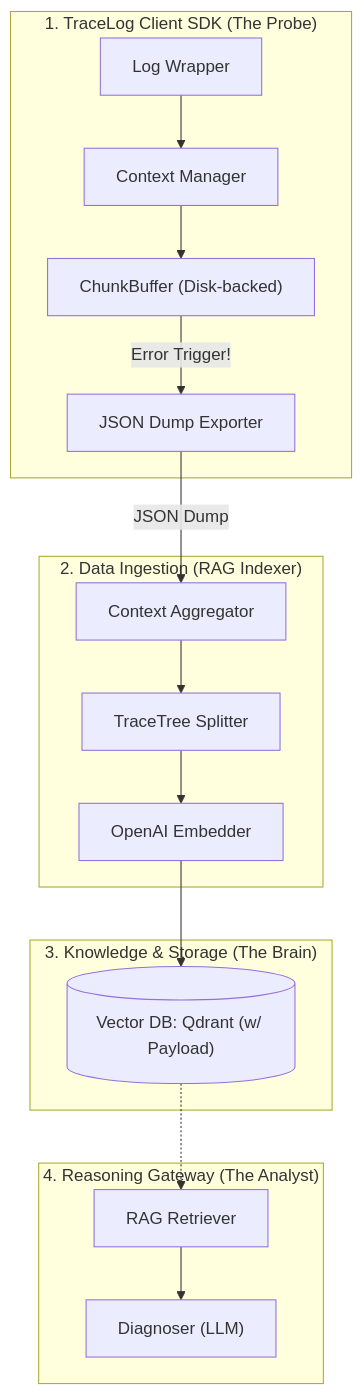
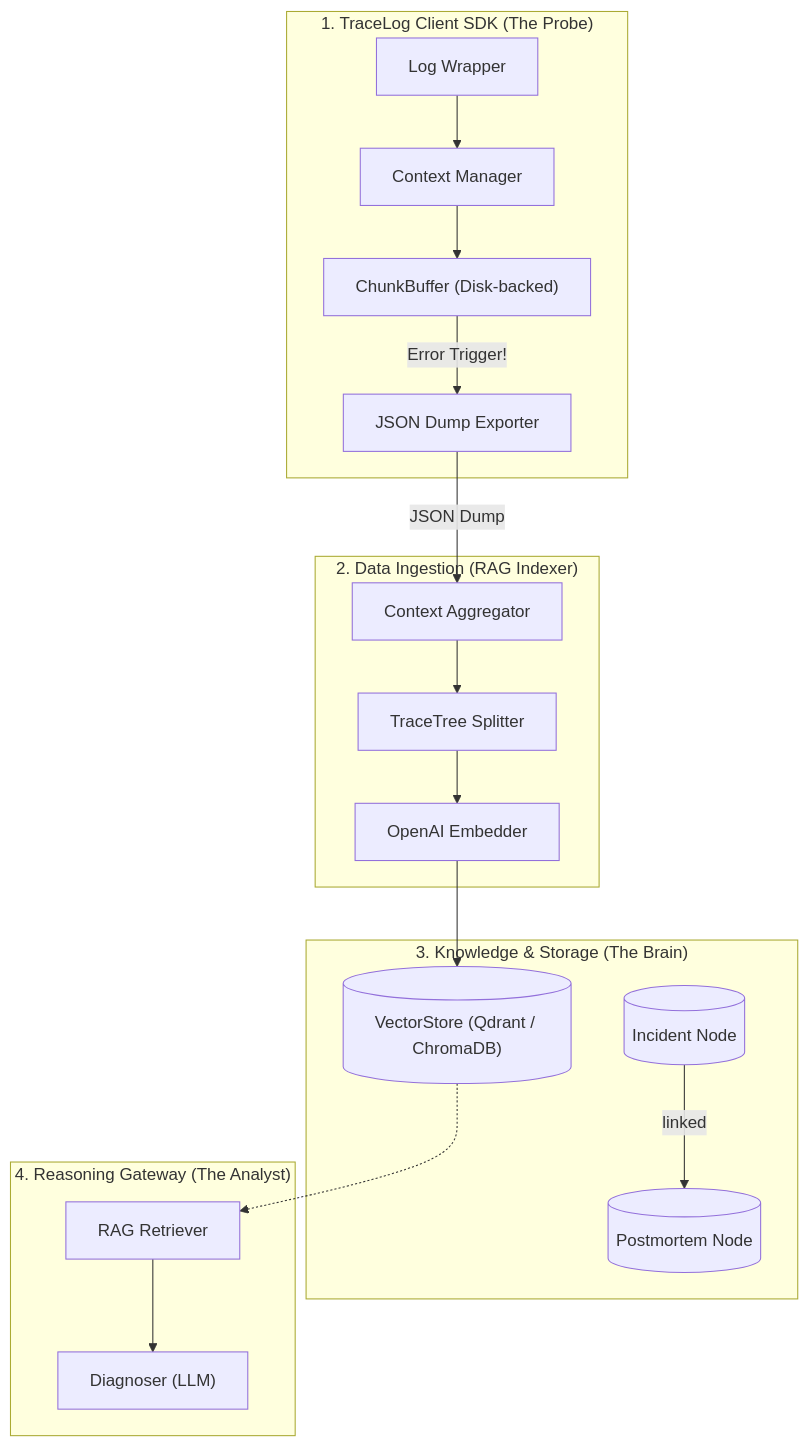
The first of 2 diagrams in docs/system_architecture.md (jakeeqsb/tracelog), drawn with Mermaid before and after one commit. The commit also changed other lines of this file and 13 other files, not shown here.

````diff
--- a/docs/system_architecture.md
+++ b/docs/system_architecture.md
@@ -9,25 +9,28 @@
 ```mermaid
 graph TD
     subgraph Layer1["1. TraceLog Client SDK (The Probe)"]
         A1["Log Wrapper"] --> A2["Context Manager"]
         A2 --> A3["ChunkBuffer (Disk-backed)"]
         A3 -->|Error Trigger!| A4["JSON Dump Exporter"]
     end
 
     subgraph Layer2["2. Data Ingestion (RAG Indexer)"]
         B0["Context Aggregator"] --> B1["TraceTree Splitter"]
         B1 --> B2["OpenAI Embedder"]
     end
 
     subgraph Layer3["3. Knowledge & Storage (The Brain)"]
-        C1[("Vector DB: Qdrant (w/ Payload)")]
+        C1[("VectorStore (Qdrant / ChromaDB)")]
+        C2[("Incident Node")]
+        C3[("Postmortem Node")]
+        C2 -- linked --> C3
     end
 
     subgraph Layer4["4. Reasoning Gateway (The Analyst)"]
         D1["RAG Retriever"] --> D2["Diagnoser (LLM)"]
     end
 
     A4 -->|JSON Dump| B0
     B2 --> C1
     C1 -.-> D1
 ```
````
